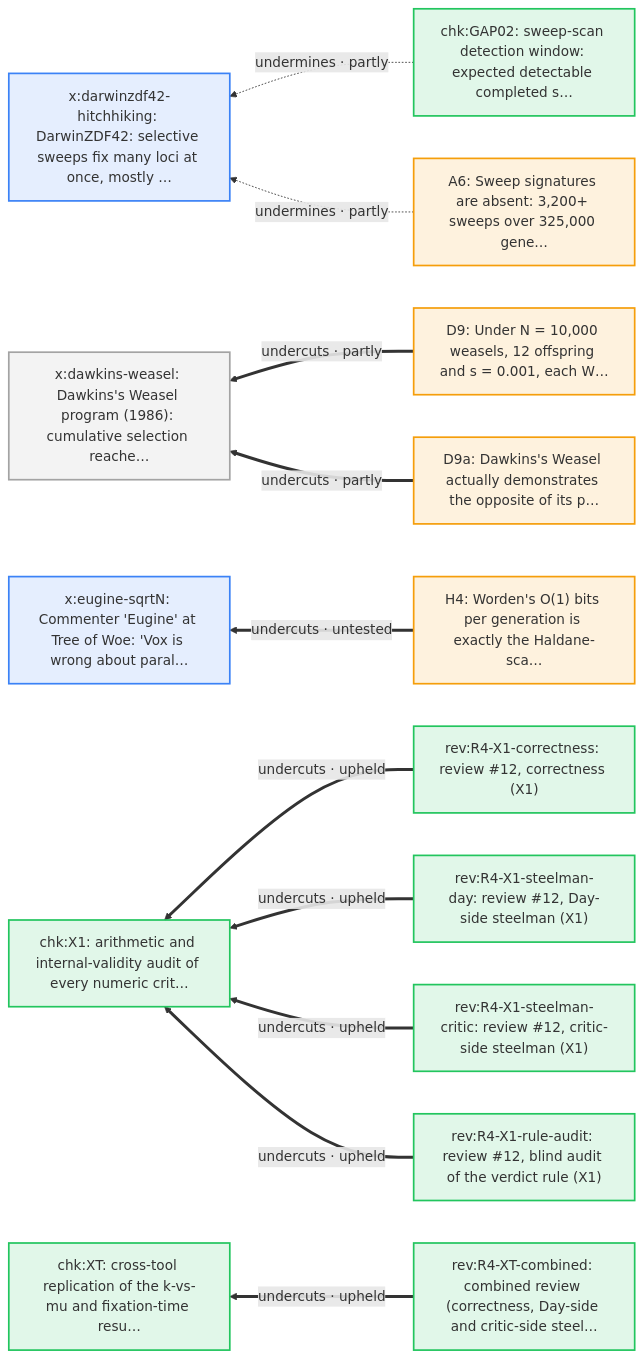
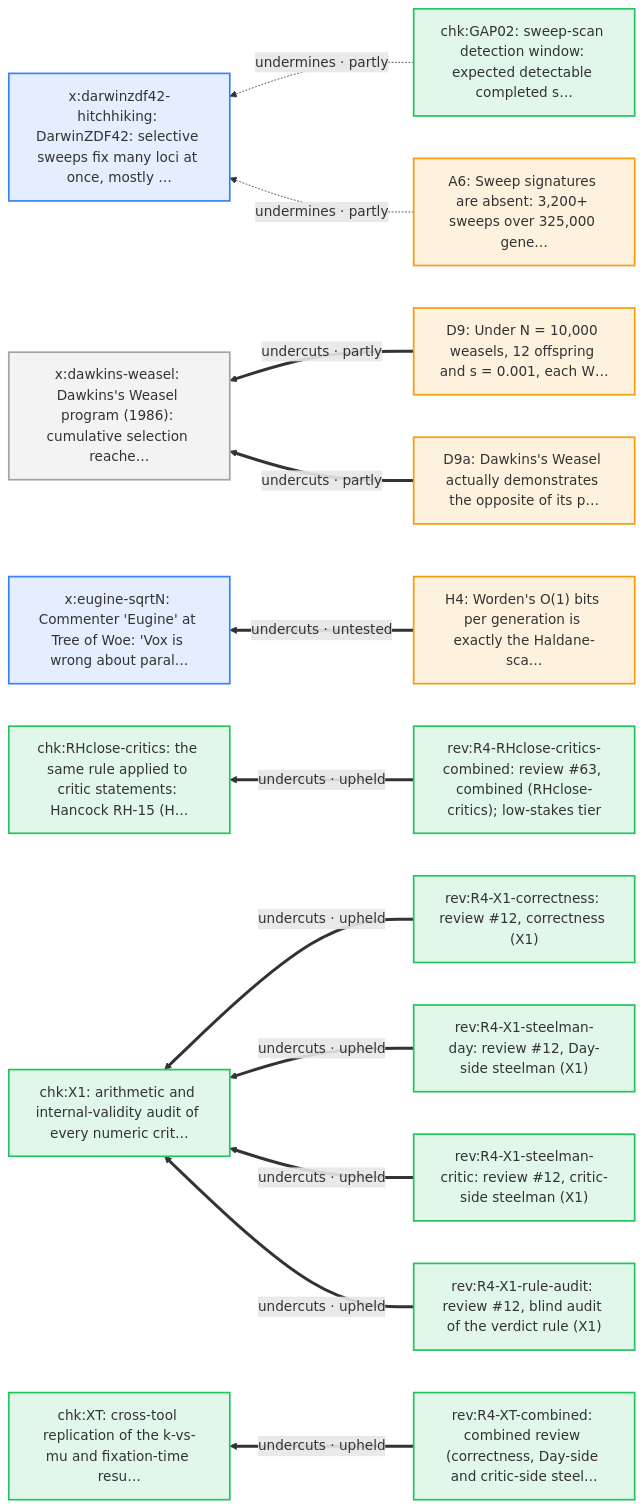
One commit to nickallevato/evo-sim changed diagram 23 of 23 in docs/arguments/defeaters.md. Above: the diagram before and after it, drawn with Mermaid. The commit also changed other lines of this file and 12 other files, not shown here.

````diff
--- a/docs/arguments/defeaters.md
+++ b/docs/arguments/defeaters.md
@@ -1252,33 +1259,36 @@
 ```mermaid
 flowchart RL
   classDef day fill:#f59e0b22,stroke:#f59e0b,stroke-width:2px
   classDef ally fill:#d9770622,stroke:#d97706,stroke-width:2px
   classDef critic fill:#3b82f622,stroke:#3b82f6,stroke-width:2px
   classDef literature fill:#a3a3a322,stroke:#a3a3a3,stroke-width:2px
   classDef audit fill:#22c55e22,stroke:#22c55e,stroke-width:2px
   A6["A6: Sweep signatures are absent: 3,200+ sweeps over 325,000 gene…"]:::day
   D9["D9: Under N = 10,000 weasels, 12 offspring and s = 0.001, each W…"]:::day
   D9a["D9a: Dawkins's Weasel actually demonstrates the opposite of its p…"]:::day
   H4["H4: Worden's O(1) bits per generation is exactly the Haldane-sca…"]:::day
   chk_GAP02["chk:GAP02: sweep-scan detection window: expected detectable completed s…"]:::audit
+  chk_RHclose_critics["chk:RHclose-critics: the same rule applied to critic statements: Hancock RH-15 (H…"]:::audit
   chk_X1["chk:X1: arithmetic and internal-validity audit of every numeric crit…"]:::audit
   chk_XT["chk:XT: cross-tool replication of the k-vs-mu and fixation-time resu…"]:::audit
+  rev_R4_RHclose_critics_combined["rev:R4-RHclose-critics-combined: review #63, combined (RHclose-critics); low-stakes tier"]:::audit
   rev_R4_X1_correctness["rev:R4-X1-correctness: review #12, correctness (X1)"]:::audit
   rev_R4_X1_rule_audit["rev:R4-X1-rule-audit: review #12, blind audit of the verdict rule (X1)"]:::audit
   rev_R4_X1_steelman_critic["rev:R4-X1-steelman-critic: review #12, critic-side steelman (X1)"]:::audit
   rev_R4_X1_steelman_day["rev:R4-X1-steelman-day: review #12, Day-side steelman (X1)"]:::audit
   rev_R4_XT_combined["rev:R4-XT-combined: combined review (correctness, Day-side and critic-side steel…"]:::audit
   x_darwinzdf42_hitchhiking["x:darwinzdf42-hitchhiking: DarwinZDF42: selective sweeps fix many loci at once, mostly …"]:::critic
   x_dawkins_weasel["x:dawkins-weasel: Dawkins's Weasel program (1986): cumulative selection reache…"]:::literature
   x_eugine_sqrtN["x:eugine-sqrtN: Commenter 'Eugine' at Tree of Woe: 'Vox is wrong about paral…"]:::critic
+  rev_R4_RHclose_critics_combined ==>|"undercuts · upheld"| chk_RHclose_critics
   rev_R4_X1_correctness ==>|"undercuts · upheld"| chk_X1
   rev_R4_X1_steelman_day ==>|"undercuts · upheld"| chk_X1
   rev_R4_X1_steelman_critic ==>|"undercuts · upheld"| chk_X1
   rev_R4_X1_rule_audit ==>|"undercuts · upheld"| chk_X1
   rev_R4_XT_combined ==>|"undercuts · upheld"| chk_XT
   chk_GAP02 -.->|"undermines · partly"| x_darwinzdf42_hitchhiking
   A6 -.->|"undermines · partly"| x_darwinzdf42_hitchhiking
   D9 ==>|"undercuts · partly"| x_dawkins_weasel
   D9a ==>|"undercuts · partly"| x_dawkins_weasel
   H4 ==>|"undercuts · untested"| x_eugine_sqrtN
 ```
````
